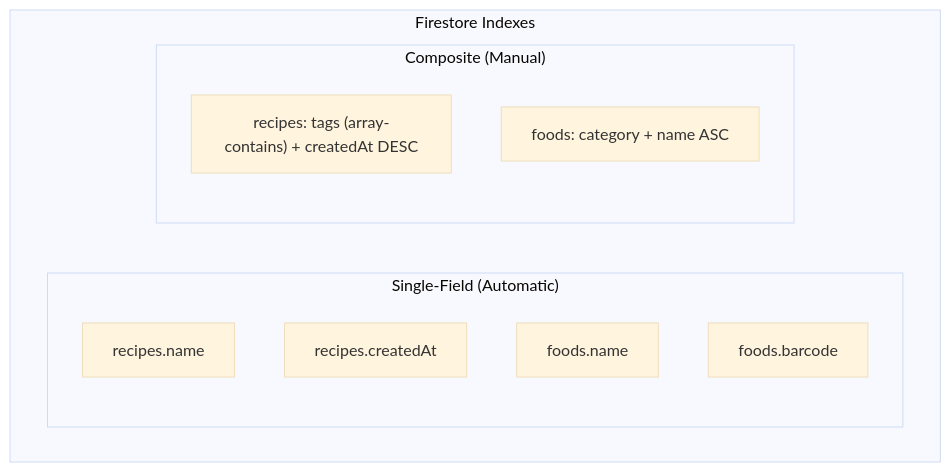
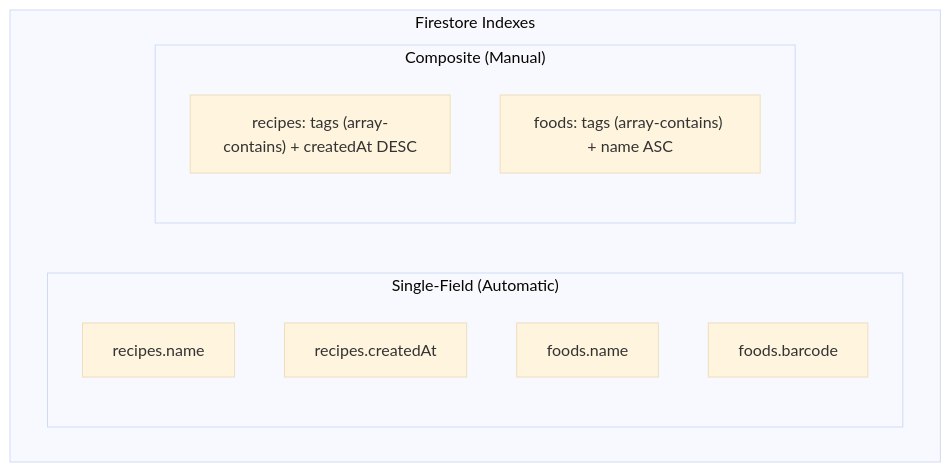
One commit to TimothyYao/meal-planning changed the fifth of 26 diagrams in doc/recipes-design.md. Above: the diagram before and after it, drawn with Mermaid (base theme). The commit also changed other lines of this file and 1 other file, not shown here.

First line of the commit message:
Simplify data models: use tags-only and align RecipeIngredient with MealFood

````diff
--- a/doc/recipes-design.md
+++ b/doc/recipes-design.md
@@ -192,16 +188,16 @@
 ```mermaid
 flowchart TB
     subgraph Indexes["Firestore Indexes"]
         subgraph Single["Single-Field (Automatic)"]
             I1["recipes.name"]
             I2["recipes.createdAt"]
             I3["foods.name"]
             I4["foods.barcode"]
         end
         
         subgraph Composite["Composite (Manual)"]
             C1["recipes: tags (array-contains) + createdAt DESC"]
-            C2["foods: category + name ASC"]
+            C2["foods: tags (array-contains) + name ASC"]
         end
     end
 ```
````
